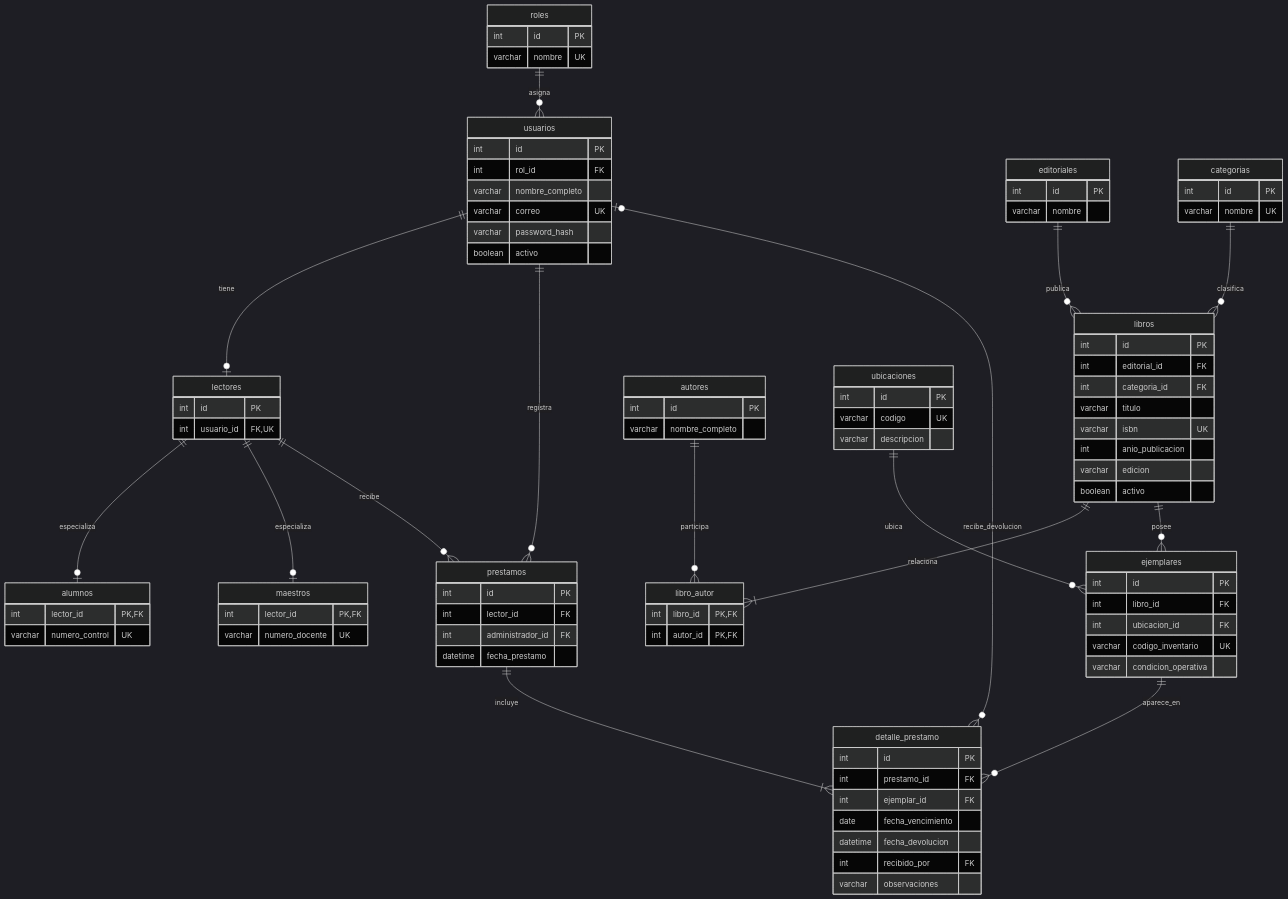
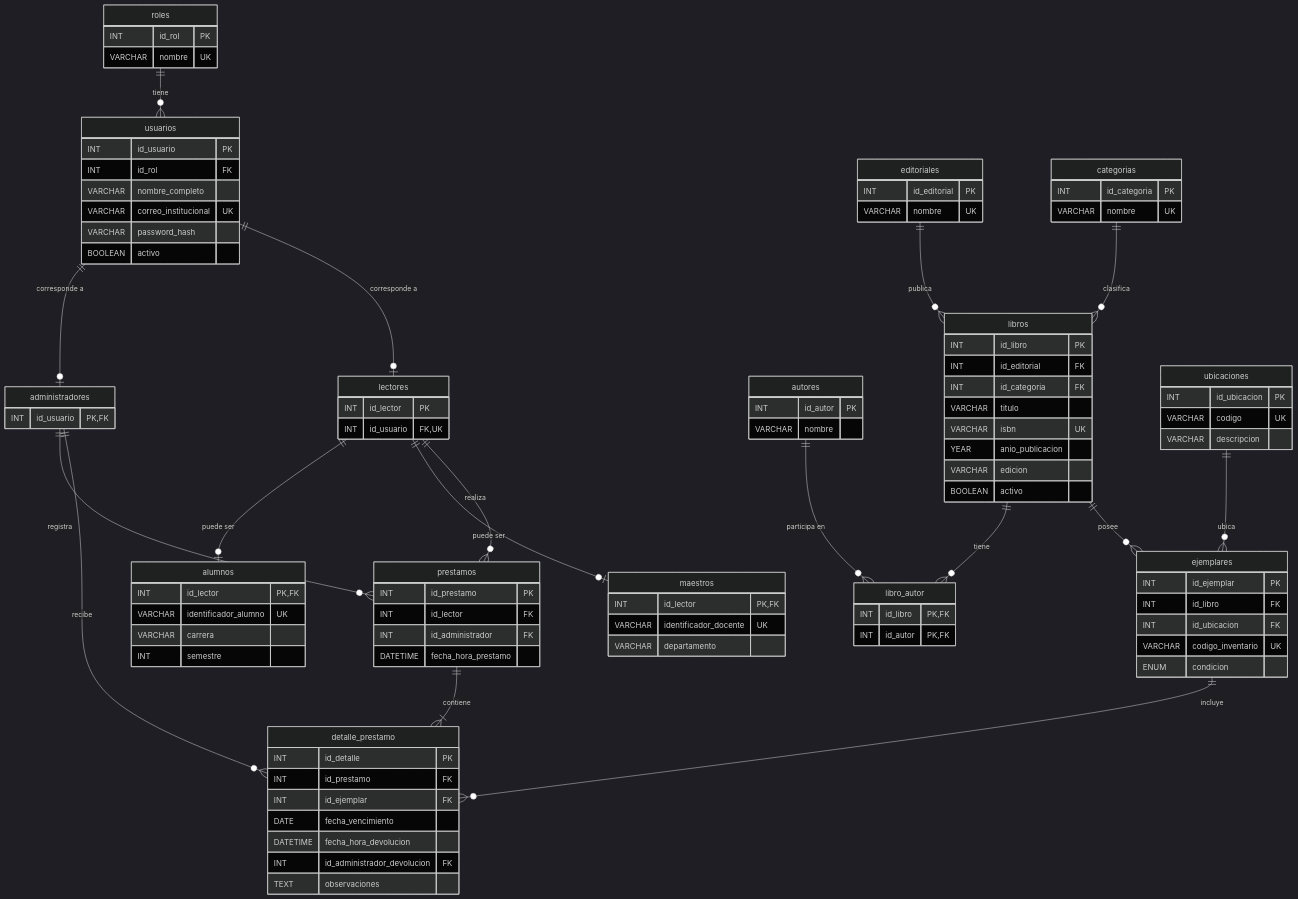
Before and after one commit to axelcisneros28032026/BiblioApp: the diagram in readme.md, drawn with Mermaid (dark theme). The commit also changed other lines of this file and 1 other file, not shown here.

````diff
--- a/readme.md
+++ b/readme.md
@@ -82,97 +70,126 @@
 ```mermaid
 erDiagram
-    direction TB
-    roles ||--o{ usuarios : asigna
-    usuarios ||--o| lectores : tiene
-    lectores ||--o| alumnos : especializa
-    lectores ||--o| maestros : especializa
-    editoriales ||--o{ libros : publica
-    categorias ||--o{ libros : clasifica
-    libros ||--|{ libro_autor : relaciona
-    autores ||--o{ libro_autor : participa
-    libros ||--o{ ejemplares : posee
-    ubicaciones ||--o{ ejemplares : ubica
-    lectores ||--o{ prestamos : recibe
-    usuarios ||--o{ prestamos : registra
-    prestamos ||--|{ detalle_prestamo : incluye
-    ejemplares ||--o{ detalle_prestamo : aparece_en
-    usuarios o|--o{ detalle_prestamo : recibe_devolucion
 
     roles {
-        int id PK
-        varchar nombre UK
+        INT id_rol PK
+        VARCHAR nombre UK
     }
+
     usuarios {
-        int id PK
-        int rol_id FK
-        varchar nombre_completo
-        varchar correo UK
-        varchar password_hash
-        boolean activo
+        INT id_usuario PK
+        INT id_rol FK
+        VARCHAR nombre_completo
+        VARCHAR correo_institucional UK
+        VARCHAR password_hash
+        BOOLEAN activo
     }
+
+    administradores {
+        INT id_usuario PK, FK
+    }
+
     lectores {
-        int id PK
-        int usuario_id FK,UK
+        INT id_lector PK
+        INT id_usuario FK, UK
     }
+
     alumnos {
-        int lector_id PK,FK
-        varchar numero_control UK
+        INT id_lector PK, FK
+        VARCHAR identificador_alumno UK
+        VARCHAR carrera
+        INT semestre
     }
+
     maestros {
-        int lector_id PK,FK
-        varchar numero_docente UK
+        INT id_lector PK, FK
+        VARCHAR identificador_docente UK
+        VARCHAR departamento
     }
+
     editoriales {
-        int id PK
-        varchar nombre
+        INT id_editorial PK
+        VARCHAR nombre UK
     }
+
     categorias {
-        int id PK
-        varchar nombre UK
+        INT id_categoria PK
+        VARCHAR nombre UK
     }
+
     autores {
-        int id PK
-        varchar nombre_completo
+        INT id_autor PK
+        VARCHAR nombre
     }
+
     libros {
-        int id PK
-        int editorial_id FK
-        int categoria_id FK
-        varchar titulo
-        varchar isbn UK
-        int anio_publicacion
-        varchar edicion
-        boolean activo
+        INT id_libro PK
+        INT id_editorial FK
+        INT id_categoria FK
+        VARCHAR titulo
+        VARCHAR isbn UK
+        YEAR anio_publicacion
+        VARCHAR edicion
+        BOOLEAN activo
     }
+
     libro_autor {
-        int libro_id PK,FK
-        int autor_id PK,FK
+        INT id_libro PK, FK
+        INT id_autor PK, FK
     }
+
     ubicaciones {
-        int id PK
-        varchar codigo UK
-        varchar descripcion
+        INT id_ubicacion PK
+        VARCHAR codigo UK
+        VARCHAR descripcion
     }
+
     ejemplares {
-        int id PK
-        int libro_id FK
-        int ubicacion_id FK
-        varchar codigo_inventario UK
-        varchar condicion_operativa
+        INT id_ejemplar PK
+        INT id_libro FK
+        INT id_ubicacion FK
+        VARCHAR codigo_inventario UK
+        ENUM condicion
     }
+
     prestamos {
-        int id PK
-        int lector_id FK
-        int administrador_id FK
-        datetime fecha_prestamo
+        INT id_prestamo PK
+        INT id_lector FK
+        INT id_administrador FK
+        DATETIME fecha_hora_prestamo
     }
+
     detalle_prestamo {
-        int id PK
-        int prestamo_id FK
-        int ejemplar_id FK
-        date fecha_vencimiento
-        datetime fecha_devolucion
-        int recibido_por FK
-        varchar observaciones
+        INT id_detalle PK
+        INT id_prestamo FK
+        INT id_ejemplar FK
+        DATE fecha_vencimiento
+        DATETIME fecha_hora_devolucion
+        INT id_administrador_devolucion FK
+        TEXT observaciones
     }
+
+
+    roles ||--o{ usuarios : "tiene"
+
+    usuarios ||--o| administradores : "corresponde a"
+    usuarios ||--o| lectores : "corresponde a"
+
+    lectores ||--o| alumnos : "puede ser"
+    lectores ||--o| maestros : "puede ser"
+
+    editoriales ||--o{ libros : "publica"
+    categorias ||--o{ libros : "clasifica"
+
+    libros ||--o{ libro_autor : "tiene"
+    autores ||--o{ libro_autor : "participa en"
+
+    libros ||--o{ ejemplares : "posee"
+    ubicaciones ||--o{ ejemplares : "ubica"
+
+    lectores ||--o{ prestamos : "realiza"
+    administradores ||--o{ prestamos : "registra"
+
+    prestamos ||--|{ detalle_prestamo : "contiene"
+    ejemplares ||--o{ detalle_prestamo : "incluye"
+    administradores ||--o{ detalle_prestamo : "recibe"
 ```
````
